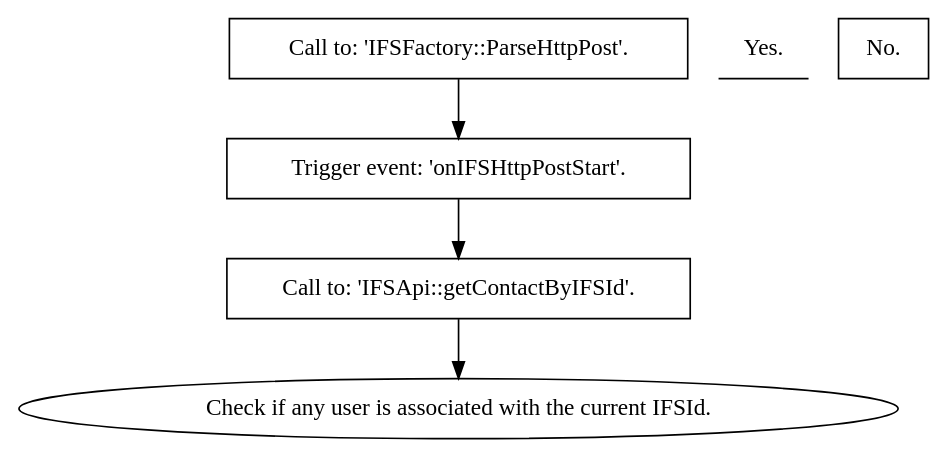
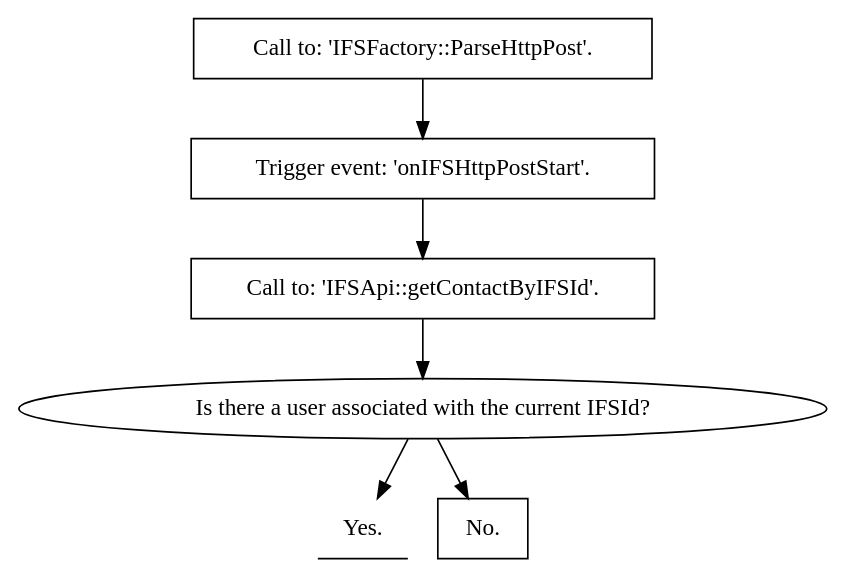
One commit to treste91/JoomFuse changed the diagram in docs/procedures/register_user.rst. Above: the diagram before and after it, drawn with Graphviz.

```diff
--- a/docs/procedures/register_user.rst
+++ b/docs/procedures/register_user.rst
@@ -4,13 +4,15 @@
 .. graphviz::
 
    digraph {
       1 [label="Call to: 'IFSFactory::ParseHttpPost'." shape=box]
       2 [label="Trigger event: 'onIFSHttpPostStart'." shape=box]
       3 [label="Call to: 'IFSApi::getContactByIFSId'." shape=box]
-      4 [label="Check if any user is associated with the current IFSId." shape=oval]
+      4 [label="Is there a user associated with the current IFSId?" shape=oval]
       5 [label="Yes." shape=underline]
       6 [label="No." shape=underlline]
       1 -> 2
       2 -> 3
       3 -> 4
+      4 -> 5
+      4 -> 6
    }
```
